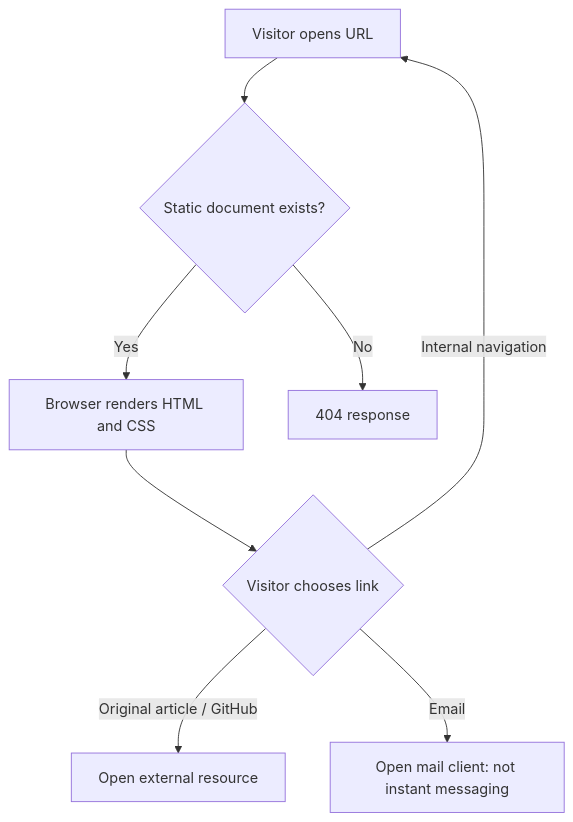
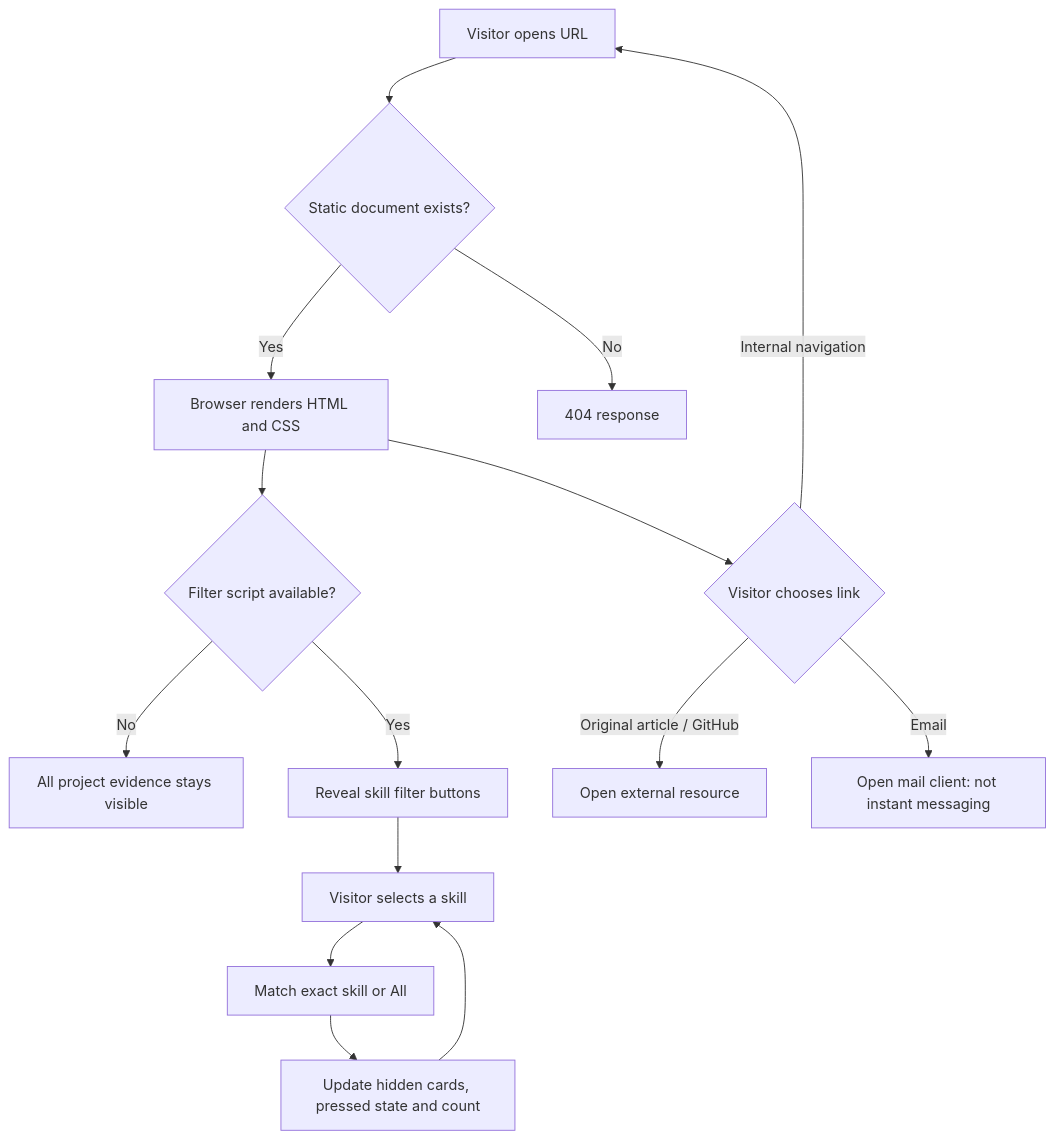
The third of 3 diagrams in 2026-27/SEM1/CS5709 - Software Engineering Evolution/Assignment 1/DESIGN.md (ChiragAgg5k/ul-university-notes), drawn with Mermaid before and after one commit. The commit also changed other lines of this file and 11 other files, not shown here.

````diff
--- a/2026-27/SEM1/CS5709 - Software Engineering Evolution/Assignment 1/DESIGN.md
+++ b/2026-27/SEM1/CS5709 - Software Engineering Evolution/Assignment 1/DESIGN.md
@@ -41,10 +48,17 @@
 ```mermaid
 flowchart TD
   Start[Visitor opens URL] --> Exists{Static document exists?}
   Exists -->|Yes| Render[Browser renders HTML and CSS]
   Exists -->|No| Missing[404 response]
   Render --> Action{Visitor chooses link}
+  Render --> JS{Filter script available?}
+  JS -->|No| All[All project evidence stays visible]
+  JS -->|Yes| Controls[Reveal skill filter buttons]
+  Controls --> Select[Visitor selects a skill]
+  Select --> Match[Match exact skill or All]
+  Match --> Update[Update hidden cards, pressed state and count]
+  Update --> Select
   Action -->|Internal navigation| Start
   Action -->|Original article / GitHub| External[Open external resource]
   Action -->|Email| Mail[Open mail client: not instant messaging]
 ```
````
